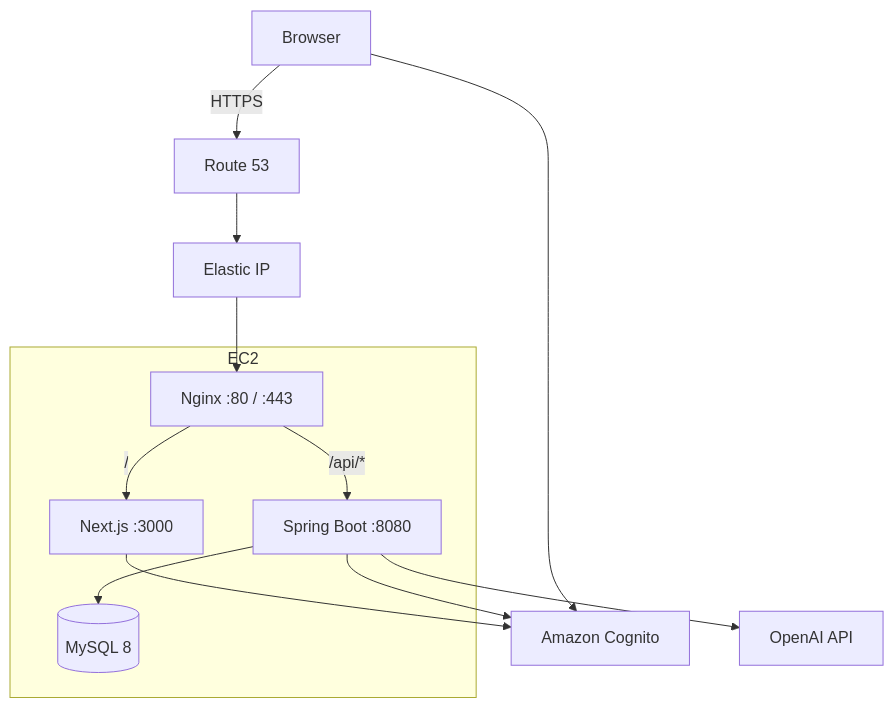
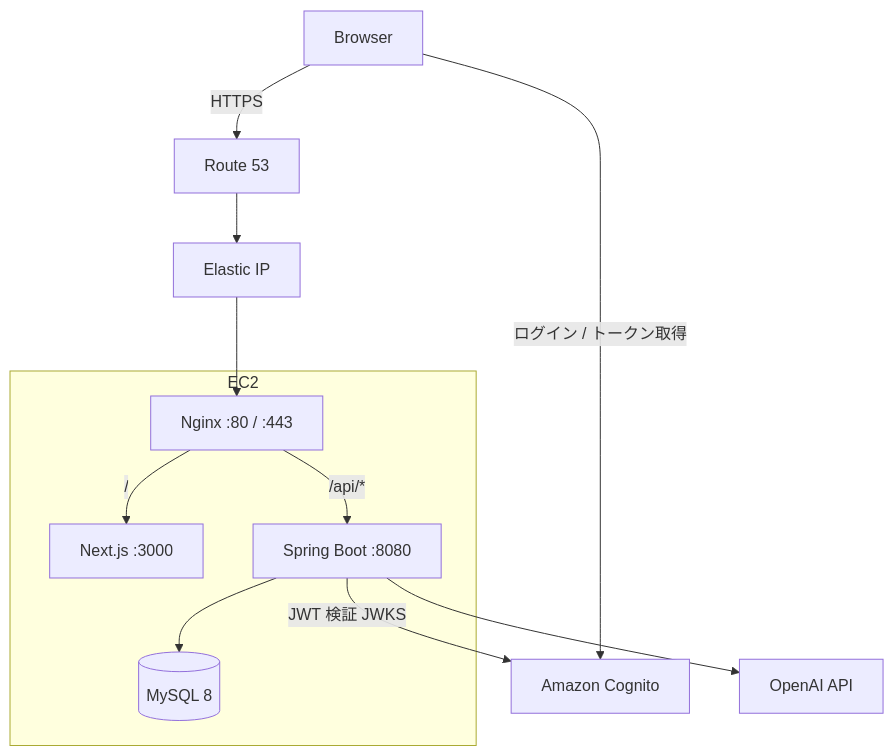
Before and after one commit to DRS22DownForce/SmartHouseholdAccountBook: the first of 2 diagrams in README.md, drawn with Mermaid. The commit also changed other lines of this file, not shown here.

Commit message:
Update README.md to clarify user authentication flow with Cognito and JWT verification process. Added details on AWS Amplify interaction and Spring Boot's JWT signature validation.

````diff
--- a/README.md
+++ b/README.md
@@ -70,26 +70,25 @@
 ```mermaid
 flowchart TB
     User[Browser]
     R53[Route 53]
     EIP[Elastic IP]
     Cognito[Amazon Cognito]
     OpenAI[OpenAI API]
 
     subgraph EC2["EC2"]
         Nginx[Nginx :80 / :443]
         Next[Next.js :3000]
         Backend[Spring Boot :8080]
         MySQL[(MySQL 8)]
     end
 
     User -->|HTTPS| R53
     R53 --> EIP
     EIP --> Nginx
     Nginx -->|"/"| Next
     Nginx -->|"/api/*"| Backend
-    User --> Cognito
-    Next --> Cognito
-    Backend --> Cognito
+    User -->|ログイン / トークン取得| Cognito
+    Backend -->|JWT 検証 JWKS| Cognito
     Backend --> MySQL
     Backend --> OpenAI
 ```
````
